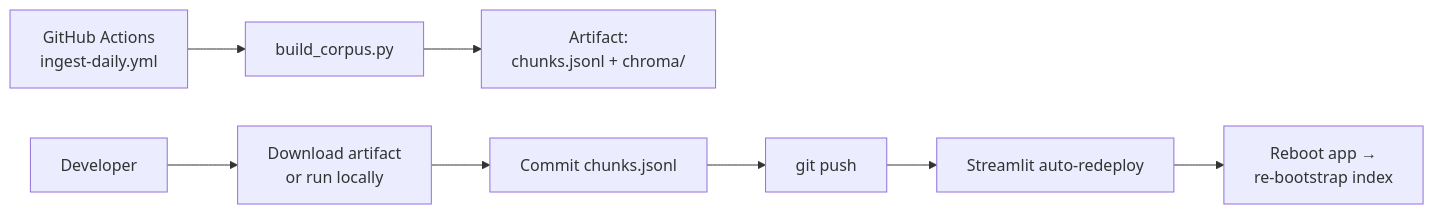
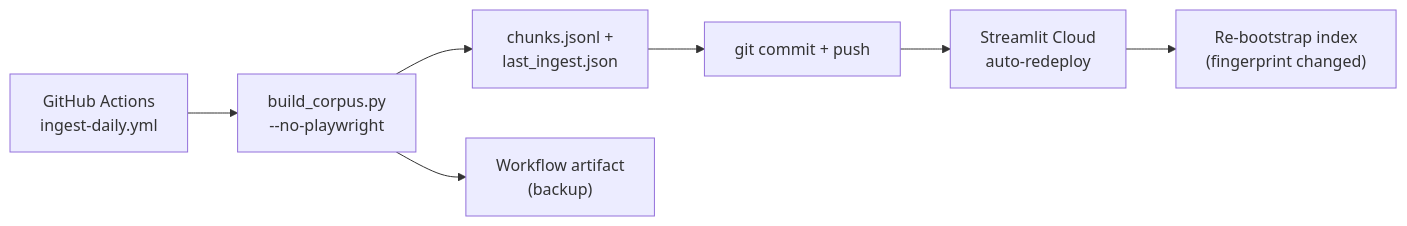
The second of 2 diagrams in docs/deployment-plan.md (DILIP8PATIDAR/mutual_fund_RAG), drawn with Mermaid before and after one commit. The commit also changed other lines of this file and 9 other files, not shown here.

First line of the commit message:
Fix stale NAV by auto-committing refreshed corpus from daily ingest.

````diff
--- a/docs/deployment-plan.md
+++ b/docs/deployment-plan.md
@@ -236,10 +236,9 @@
 ```mermaid
 flowchart LR
-    A["GitHub Actions\ningest-daily.yml"] --> B["build_corpus.py"]
-    B --> C["Artifact:\nchunks.jsonl + chroma/"]
-    D["Developer"] --> E["Download artifact\nor run locally"]
-    E --> F["Commit chunks.jsonl"]
-    F --> G["git push"]
-    G --> H["Streamlit auto-redeploy"]
-    H --> I["Reboot app →\nre-bootstrap index"]
+    A["GitHub Actions\ningest-daily.yml"] --> B["build_corpus.py\n--no-playwright"]
+    B --> C["chunks.jsonl +\nlast_ingest.json"]
+    C --> D["git commit + push"]
+    D --> E["Streamlit Cloud\nauto-redeploy"]
+    E --> F["Re-bootstrap index\n(fingerprint changed)"]
+    B --> G["Workflow artifact\n(backup)"]
 ```
````
